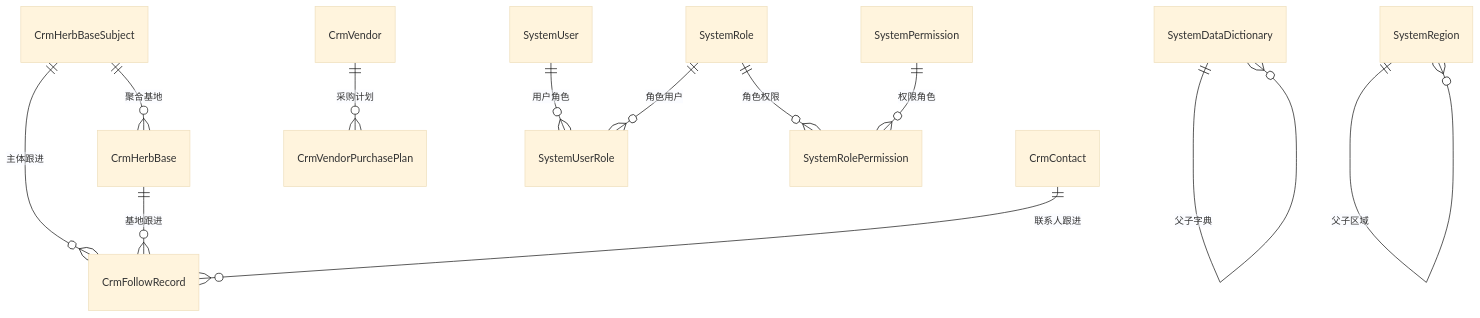
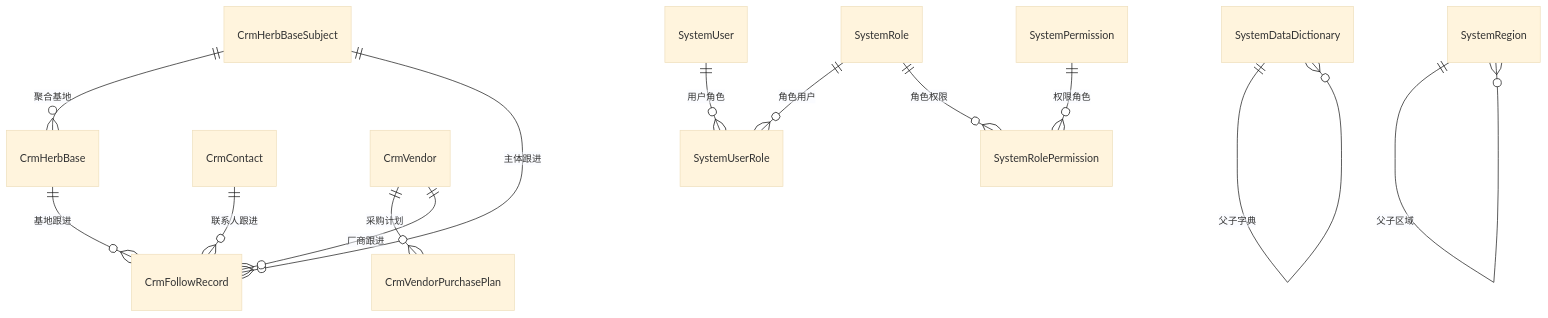
One commit to gouyanfeng/qps changed the diagram in docs/domain/实体说明.md. Above: the diagram before and after it, drawn with Mermaid (base theme). The commit also changed other lines of this file and 2 other files, not shown here.

Commit message:
docs: align product scope with CRM implementation

````diff
--- a/docs/domain/实体说明.md
+++ b/docs/domain/实体说明.md
@@ -400,15 +397,16 @@
 ```mermaid
 erDiagram
     CrmHerbBaseSubject ||--o{ CrmHerbBase : "聚合基地"
     CrmHerbBaseSubject ||--o{ CrmFollowRecord : "主体跟进"
     CrmHerbBase ||--o{ CrmFollowRecord : "基地跟进"
     CrmContact ||--o{ CrmFollowRecord : "联系人跟进"
     CrmVendor ||--o{ CrmVendorPurchasePlan : "采购计划"
+    CrmVendor ||--o{ CrmFollowRecord : "厂商跟进"
 
     SystemUser ||--o{ SystemUserRole : "用户角色"
     SystemRole ||--o{ SystemUserRole : "角色用户"
     SystemRole ||--o{ SystemRolePermission : "角色权限"
     SystemPermission ||--o{ SystemRolePermission : "权限角色"
     SystemDataDictionary ||--o{ SystemDataDictionary : "父子字典"
     SystemRegion ||--o{ SystemRegion : "父子区域"
 ```
````
